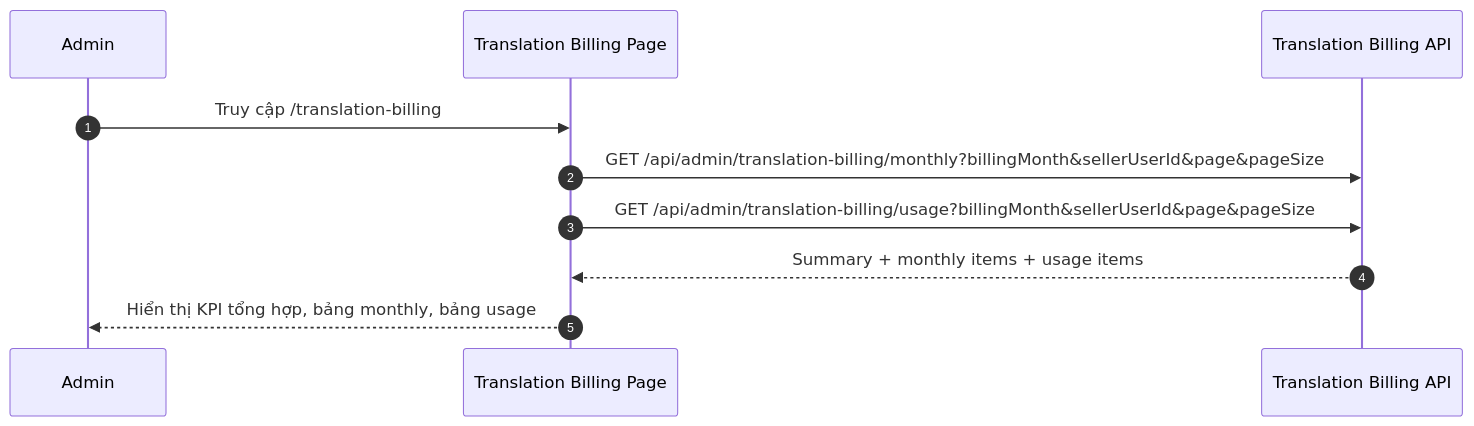
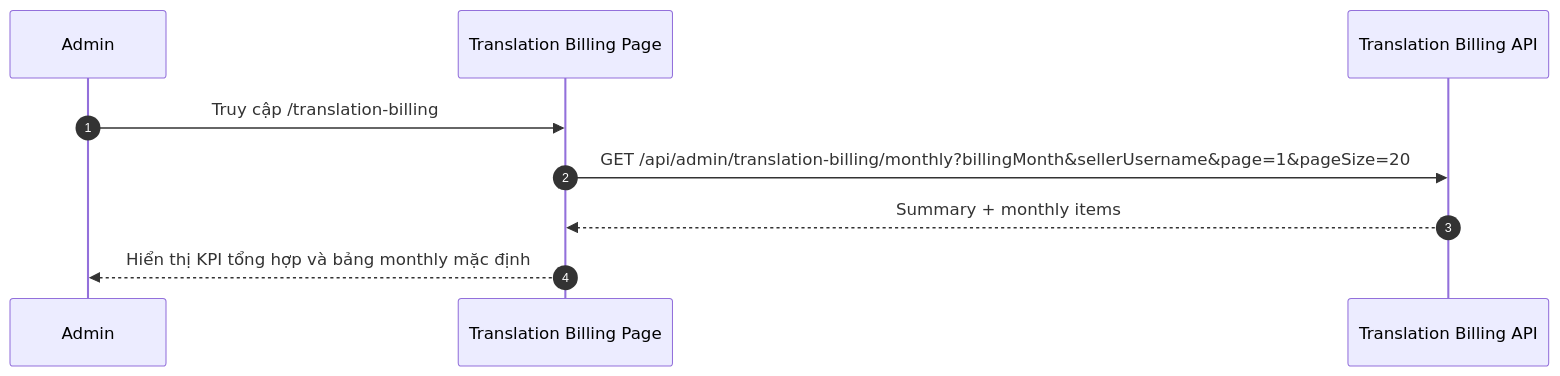
One commit to sangnp-s-organiztion/food-market-narrator changed diagram 27 of 30 in docs/diagram/sequence/flow-admin.md. Above: the diagram before and after it, drawn with Mermaid. The commit also changed other lines of this file and 10 other files, not shown here.

Commit message:
cập nhật sequence

````diff
--- a/docs/diagram/sequence/flow-admin.md
+++ b/docs/diagram/sequence/flow-admin.md
@@ -690,13 +696,12 @@
 ```mermaid
 sequenceDiagram
     autonumber
     participant U as Admin
     participant FE as Translation Billing Page
     participant BILL as Translation Billing API
 
     U->>FE: Truy cập /translation-billing
-    FE->>BILL: GET /api/admin/translation-billing/monthly?billingMonth&sellerUserId&page&pageSize
-    FE->>BILL: GET /api/admin/translation-billing/usage?billingMonth&sellerUserId&page&pageSize
-    BILL-->>FE: Summary + monthly items + usage items
-    FE-->>U: Hiển thị KPI tổng hợp, bảng monthly, bảng usage
+    FE->>BILL: GET /api/admin/translation-billing/monthly?billingMonth&sellerUsername&page=1&pageSize=20
+    BILL-->>FE: Summary + monthly items
+    FE-->>U: Hiển thị KPI tổng hợp và bảng monthly mặc định
 ```
````
